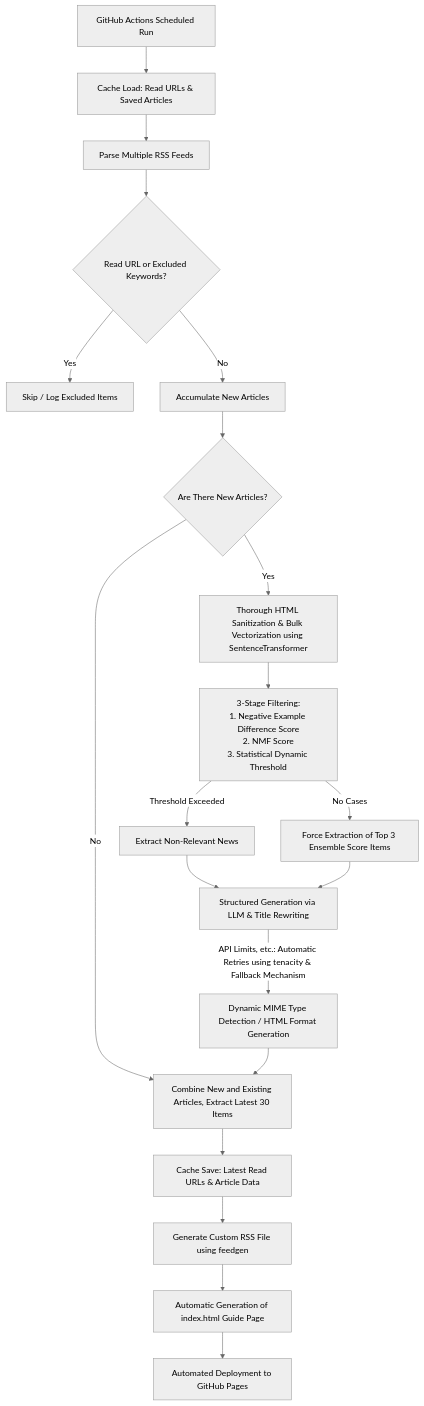
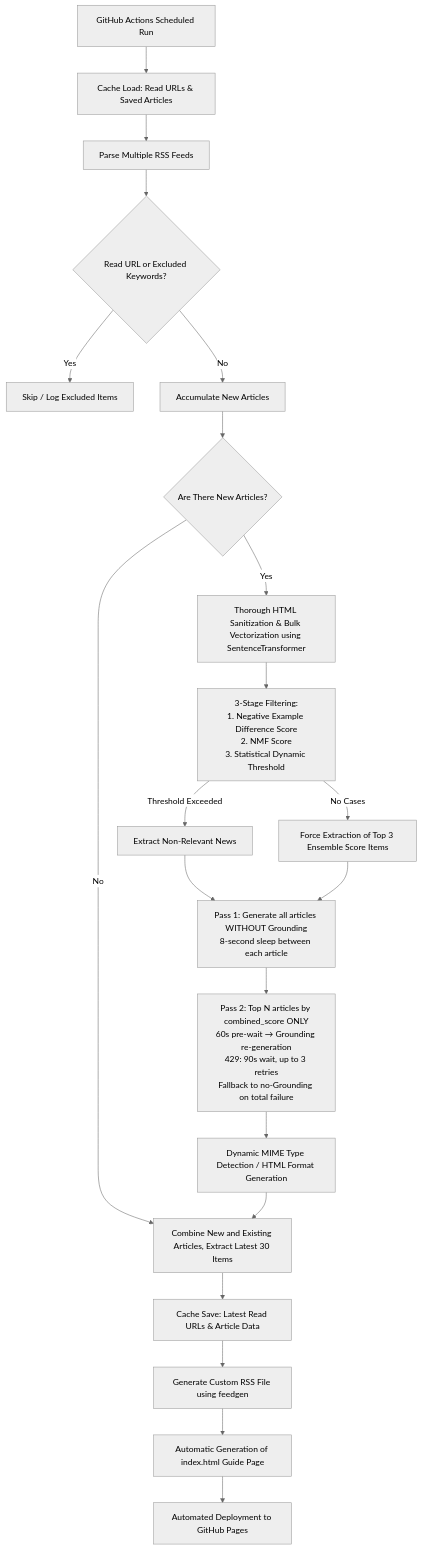
Before and after one commit to ph-cookie/bubble-breaker: the diagram in README.md, drawn with Mermaid (neutral theme). The commit also changed other lines of this file and 1 other file, not shown here.

````diff
--- a/README.md
+++ b/README.md
@@ -51,26 +51,27 @@
 ```mermaid
 graph TD
     A[GitHub Actions Scheduled Run] --> B[Cache Load: Read URLs & Saved Articles]
     B --> C[Parse Multiple RSS Feeds]
     C --> D{Read URL or Excluded Keywords?}
     D -- Yes --> E[Skip / Log Excluded Items]
     D -- No --> F[Accumulate New Articles]
-    
+
     F --> G{Are There New Articles?}
     G -- No --> K
     G -- Yes --> H[Thorough HTML Sanitization & Bulk Vectorization using SentenceTransformer]
-    
-    H --> I[3-Stage Filtering:<br/>1. Negative Example Difference Score<br/>2. NMF Score<br/>3. Statistical Dynamic Threshold]
+
+    H --> I[3-Stage Filtering:\n1. Negative Example Difference Score\n2. NMF Score\n3. Statistical Dynamic Threshold]
     I -- Threshold Exceeded --> J[Extract Non-Relevant News]
     I -- No Cases --> J2[Force Extraction of Top 3 Ensemble Score Items]
-    
-    J --> L[Structured Generation via LLM & Title Rewriting]
-    J2 --> L
-    L -- API Limits, etc.: Automatic Retries using tenacity & Fallback Mechanism --> M[Dynamic MIME Type Detection / HTML Format Generation]
-    
+
+    J --> L1[Pass 1: Generate all articles WITHOUT Grounding\n8-second sleep between each article]
+    J2 --> L1
+    L1 --> L2[Pass 2: Top N articles by combined_score ONLY\n60s pre-wait → Grounding re-generation\n429: 90s wait, up to 3 retries\nFallback to no-Grounding on total failure]
+    L2 --> M[Dynamic MIME Type Detection / HTML Format Generation]
+
     M --> K[Combine New and Existing Articles, Extract Latest 30 Items]
     K --> N[Cache Save: Latest Read URLs & Article Data]
     N --> O[Generate Custom RSS File using feedgen]
     O --> Q[Automatic Generation of index.html Guide Page]
     Q --> P[Automated Deployment to GitHub Pages]
 ```
````
